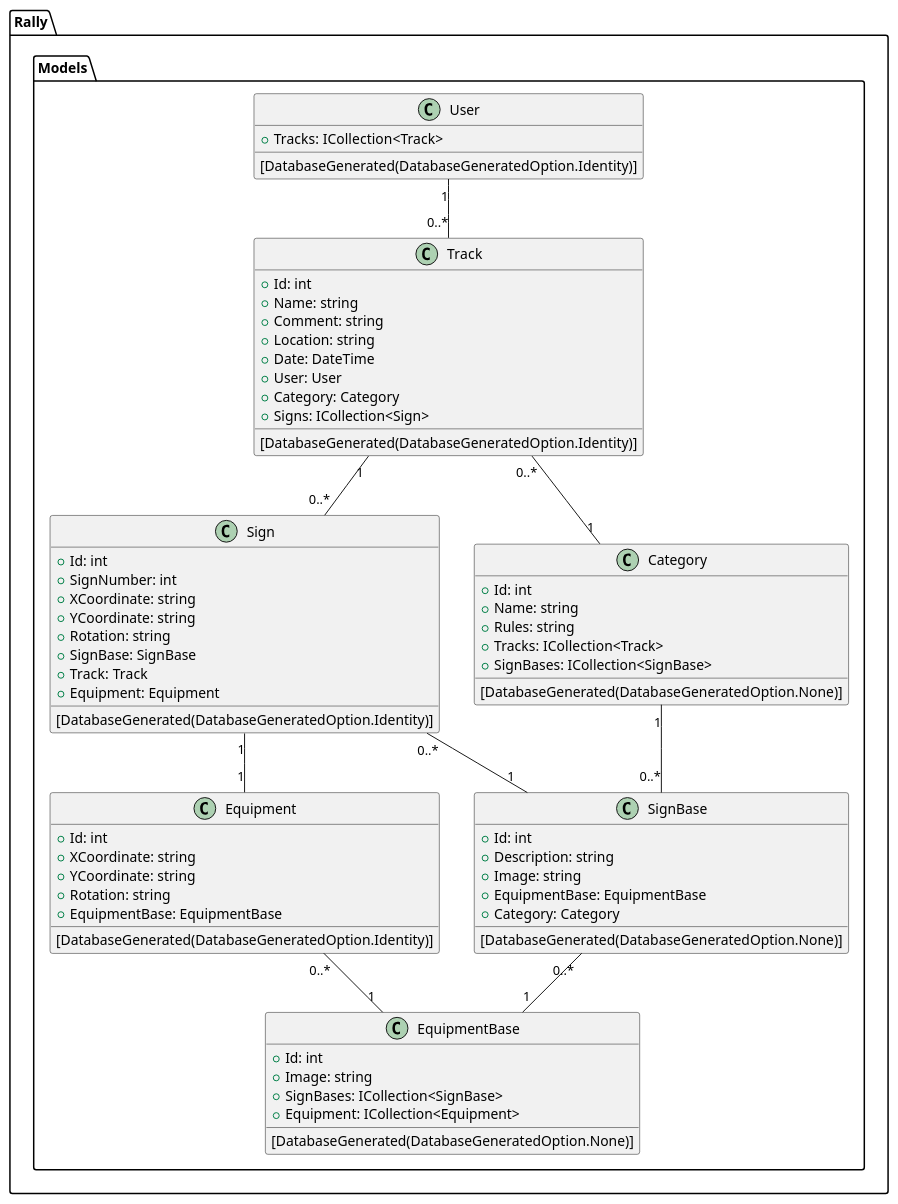
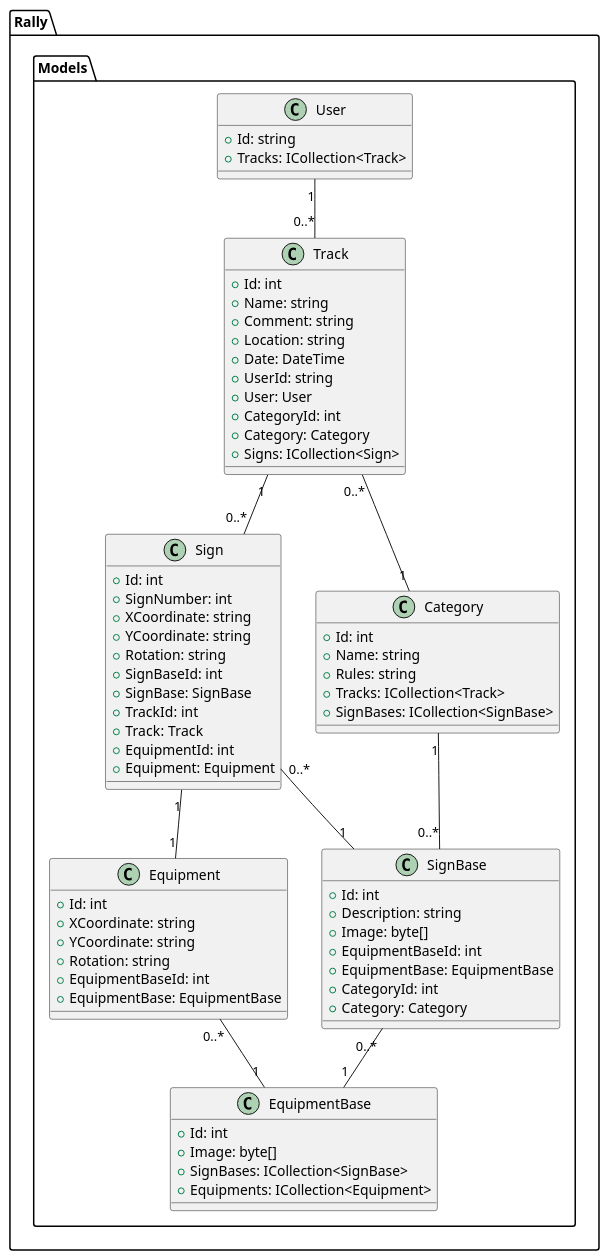
One commit to DMOoF23-Team7-CAT/Project-Team7-Semester3 changed the diagram in Dodumentation/DSD_Models.wsd. Above: the diagram before and after it, drawn with PlantUML. The commit also changed other lines of this file and 2 other files, not shown here.

```diff
--- a/Dodumentation/DSD_Models.wsd
+++ b/Dodumentation/DSD_Models.wsd
@@ -3,81 +1,81 @@
 @startuml Design Class Diagram for models
 
 namespace Rally.Models {
     class User {
+        + Id: string
         + Tracks: ICollection<Track>
-        [DatabaseGenerated(DatabaseGeneratedOption.Identity)]
     }
 
     class Track {
         + Id: int
         + Name: string
         + Comment: string
         + Location: string
         + Date: DateTime
+        + UserId: string
         + User: User
+        + CategoryId: int
         + Category: Category
         + Signs: ICollection<Sign>
-        [DatabaseGenerated(DatabaseGeneratedOption.Identity)]
     }
 
     class Sign {
         + Id: int
         + SignNumber: int
         + XCoordinate: string
         + YCoordinate: string
         + Rotation: string
+        + SignBaseId: int
         + SignBase: SignBase
+        + TrackId: int
         + Track: Track
+        + EquipmentId: int
         + Equipment: Equipment
-        [DatabaseGenerated(DatabaseGeneratedOption.Identity)]
     }
 
     class Equipment {
         + Id: int
         + XCoordinate: string
         + YCoordinate: string
         + Rotation: string
+        + EquipmentBaseId: int
         + EquipmentBase: EquipmentBase
-        [DatabaseGenerated(DatabaseGeneratedOption.Identity)]
     }
 
     class EquipmentBase {
-        [DatabaseGenerated(DatabaseGeneratedOption.None)]
         + Id: int
-        + Image: string
+        + Image: byte[]
         + SignBases: ICollection<SignBase>
-        + Equipment: ICollection<Equipment>
+        + Equipments: ICollection<Equipment>
     }
 
     class SignBase {
-    [DatabaseGenerated(DatabaseGeneratedOption.None)]
-    + Id: int
-    + Description: string
-    + Image: string
-    + EquipmentBase: EquipmentBase
-    + Category: Category
+        + Id: int
+        + Description: string
+        + Image: byte[]
+        + EquipmentBaseId: int
+        + EquipmentBase: EquipmentBase
+        + CategoryId: int
+        + Category: Category
     }
 
     class Category {
-        [DatabaseGenerated(DatabaseGeneratedOption.None)]
         + Id: int
         + Name: string
         + Rules: string
         + Tracks: ICollection<Track>
         + SignBases: ICollection<SignBase>
     }
 
     User "1" -- "0..*" Track
     Track "0..*" -- "1" Category
     Track "1" -- "0..*" Sign
     Sign "0..*" -- "1" SignBase
     Sign "1" -- "1" Equipment
     Equipment "0..*" -- "1" EquipmentBase
     SignBase "0..*" -- "1" EquipmentBase
     Category "1" -- "0..*" SignBase
 
 }
 
-
-
 @enduml
```
